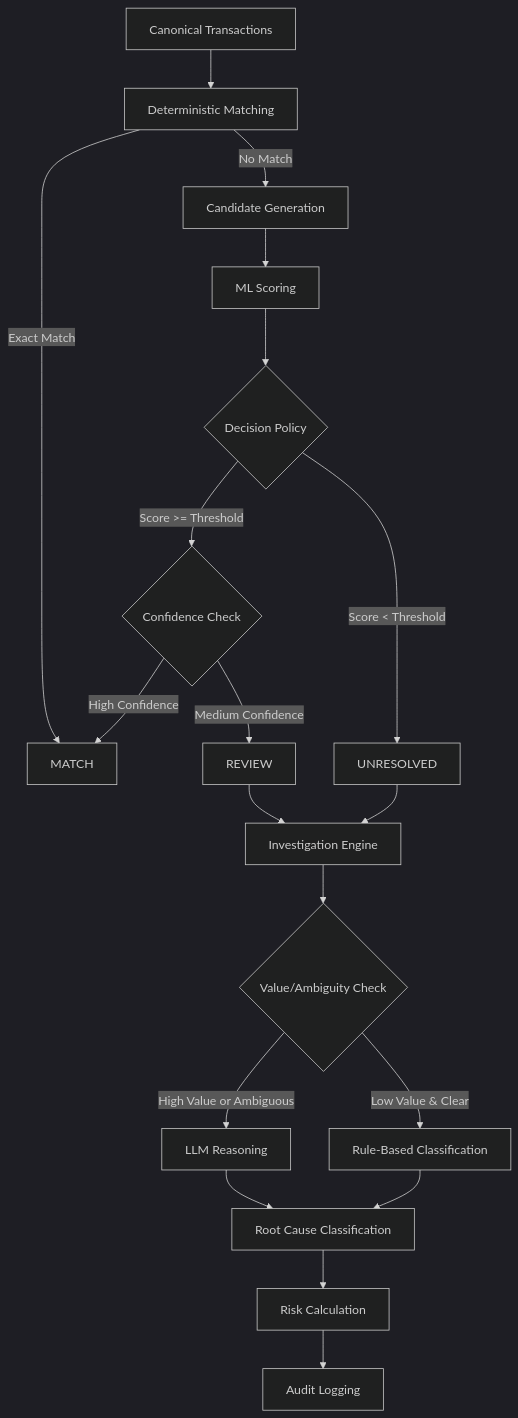
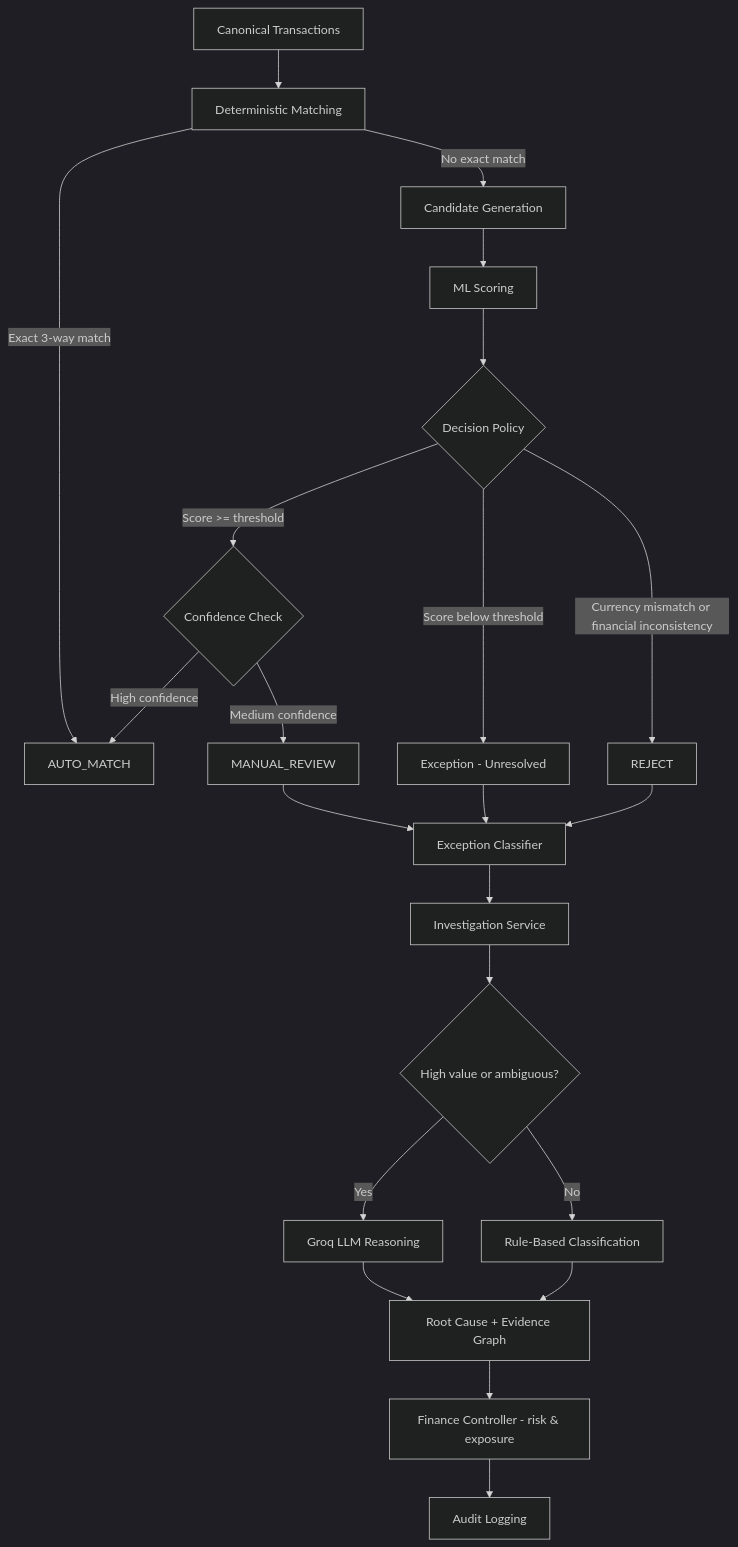
The third of 6 diagrams in ARCHITECTURE.md (likhith1253/veridex), drawn with Mermaid (dark theme) before and after one commit. The commit also changed other lines of this file and 2 other files, not shown here.

First line of the commit message:
Rewrite ARCHITECTURE.md for the current system, drop dead ui/ tests

````diff
--- a/ARCHITECTURE.md
+++ b/ARCHITECTURE.md
@@ -135,21 +167,24 @@
 ```mermaid
 graph TD
     A[Canonical Transactions] --> B[Deterministic Matching]
-    B -->|Exact Match| C[MATCH]
-    B -->|No Match| D[Candidate Generation]
+    B -->|Exact 3-way match| C[AUTO_MATCH]
+    B -->|No exact match| D[Candidate Generation]
     D --> E[ML Scoring]
     E --> F{Decision Policy}
-    F -->|Score >= Threshold| G{Confidence Check}
-    G -->|High Confidence| C
-    G -->|Medium Confidence| H[REVIEW]
-    F -->|Score < Threshold| I[UNRESOLVED]
-    H --> J[Investigation Engine]
+    F -->|Currency mismatch or financial inconsistency| R[REJECT]
+    F -->|Score >= threshold| G{Confidence Check}
+    G -->|High confidence| C
+    G -->|Medium confidence| H[MANUAL_REVIEW]
+    F -->|Score below threshold| I[Exception - Unresolved]
+    H --> J[Exception Classifier]
     I --> J
-    J --> K{Value/Ambiguity Check}
-    K -->|High Value or Ambiguous| L[LLM Reasoning]
-    K -->|Low Value & Clear| M[Rule-Based Classification]
-    L --> N[Root Cause Classification]
-    M --> N
-    N --> O[Risk Calculation]
-    O --> P[Audit Logging]
+    R --> J
+    J --> K[Investigation Service]
+    K --> L{High value or ambiguous?}
+    L -->|Yes| M[Groq LLM Reasoning]
+    L -->|No| N[Rule-Based Classification]
+    M --> O[Root Cause + Evidence Graph]
+    N --> O
+    O --> P[Finance Controller - risk & exposure]
+    P --> Q[Audit Logging]
 ```
````
